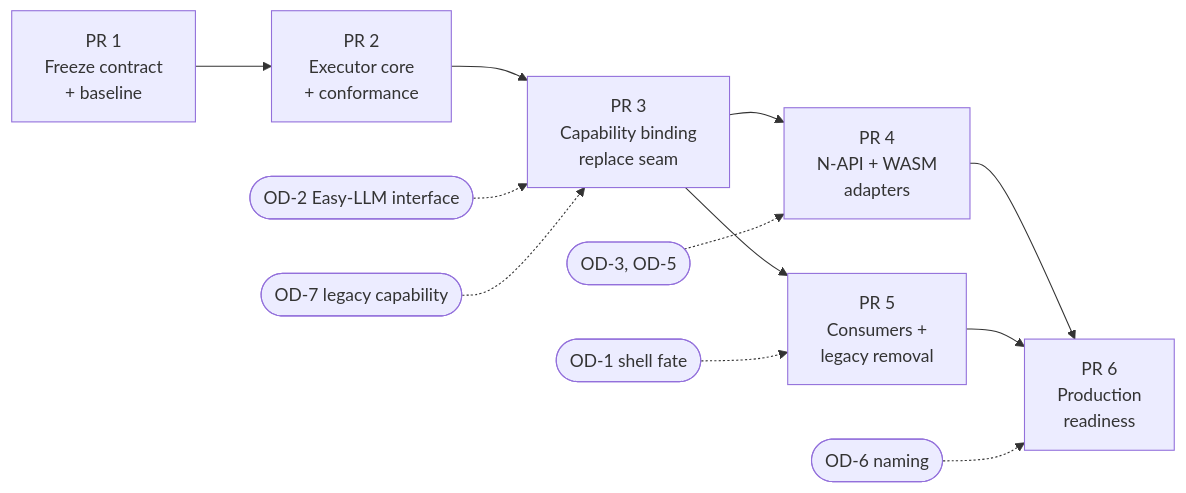
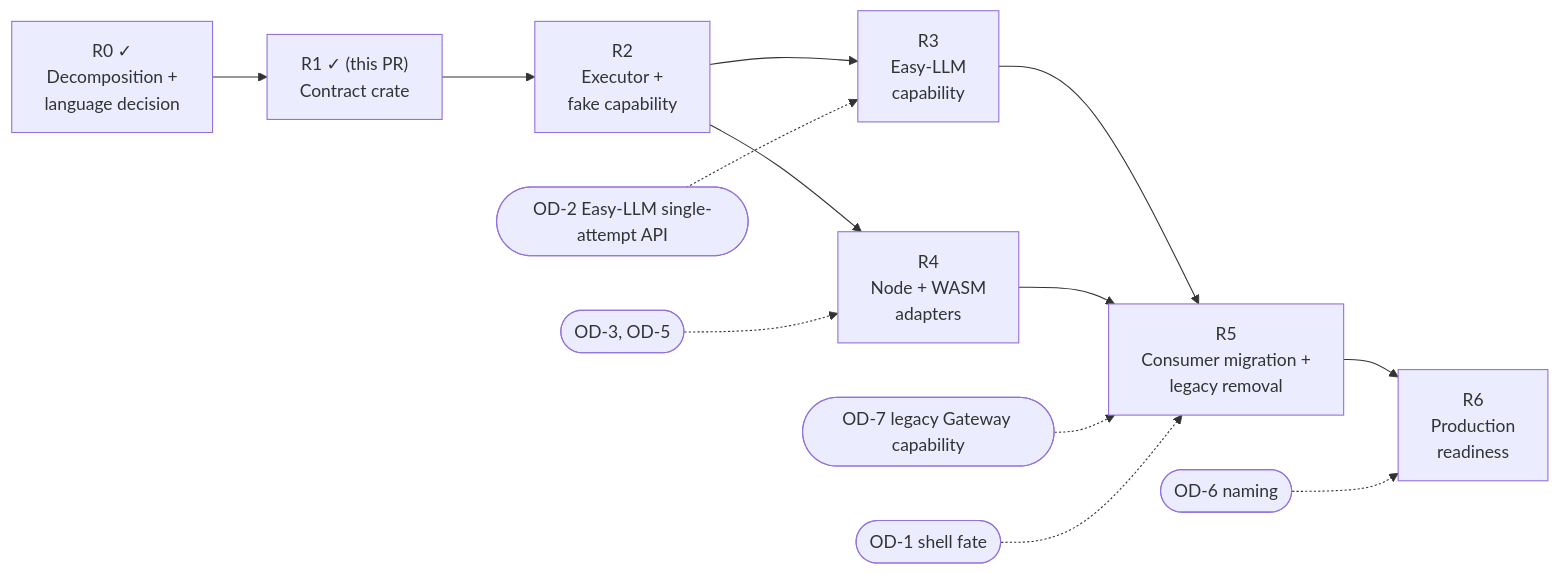
The diagram in docs/rebuild/ROADMAP.md (rkendel1/fx), drawn with Mermaid before and after one commit. The commit also changed other lines of this file and 87 other files, not shown here.

````diff
--- a/docs/rebuild/ROADMAP.md
+++ b/docs/rebuild/ROADMAP.md
@@ -15,14 +7,15 @@
 ```mermaid
 flowchart LR
-  P1["PR 1<br/>Freeze contract<br/>+ baseline"] --> P2["PR 2<br/>Executor core<br/>+ conformance"]
-  P2 --> P3["PR 3<br/>Capability binding<br/>replace seam"]
-  P3 --> P4["PR 4<br/>N-API + WASM<br/>adapters"]
-  P3 --> P5["PR 5<br/>Consumers +<br/>legacy removal"]
-  P4 --> P6["PR 6<br/>Production<br/>readiness"]
-  P5 --> P6
-  OD2(["OD-2 Easy-LLM interface"]) -.-> P3
-  OD7(["OD-7 legacy capability"]) -.-> P3
-  OD3(["OD-3, OD-5"]) -.-> P4
-  OD1(["OD-1 shell fate"]) -.-> P5
-  OD6(["OD-6 naming"]) -.-> P6
+  R0["R0 ✓<br/>Decomposition +<br/>language decision"] --> R1["R1 ✓ (this PR)<br/>Contract crate"]
+  R1 --> R2["R2<br/>Executor +<br/>fake capability"]
+  R2 --> R3["R3<br/>Easy-LLM<br/>capability"]
+  R2 --> R4["R4<br/>Node + WASM<br/>adapters"]
+  R3 --> R5["R5<br/>Consumer migration +<br/>legacy removal"]
+  R4 --> R5
+  R5 --> R6["R6<br/>Production<br/>readiness"]
+  OD2(["OD-2 Easy-LLM single-attempt API"]) -.-> R3
+  OD7(["OD-7 legacy Gateway capability"]) -.-> R5
+  OD3(["OD-3, OD-5"]) -.-> R4
+  OD1(["OD-1 shell fate"]) -.-> R5
+  OD6(["OD-6 naming"]) -.-> R6
 ```
````
